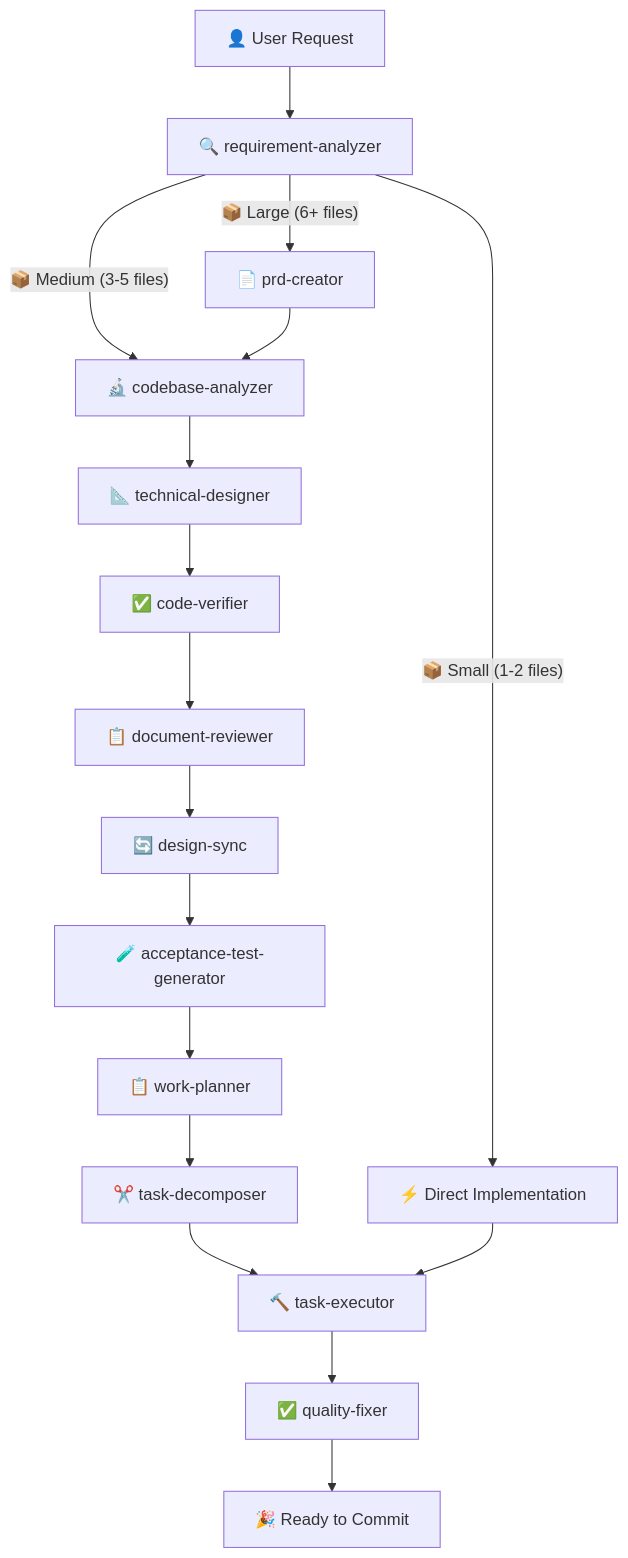
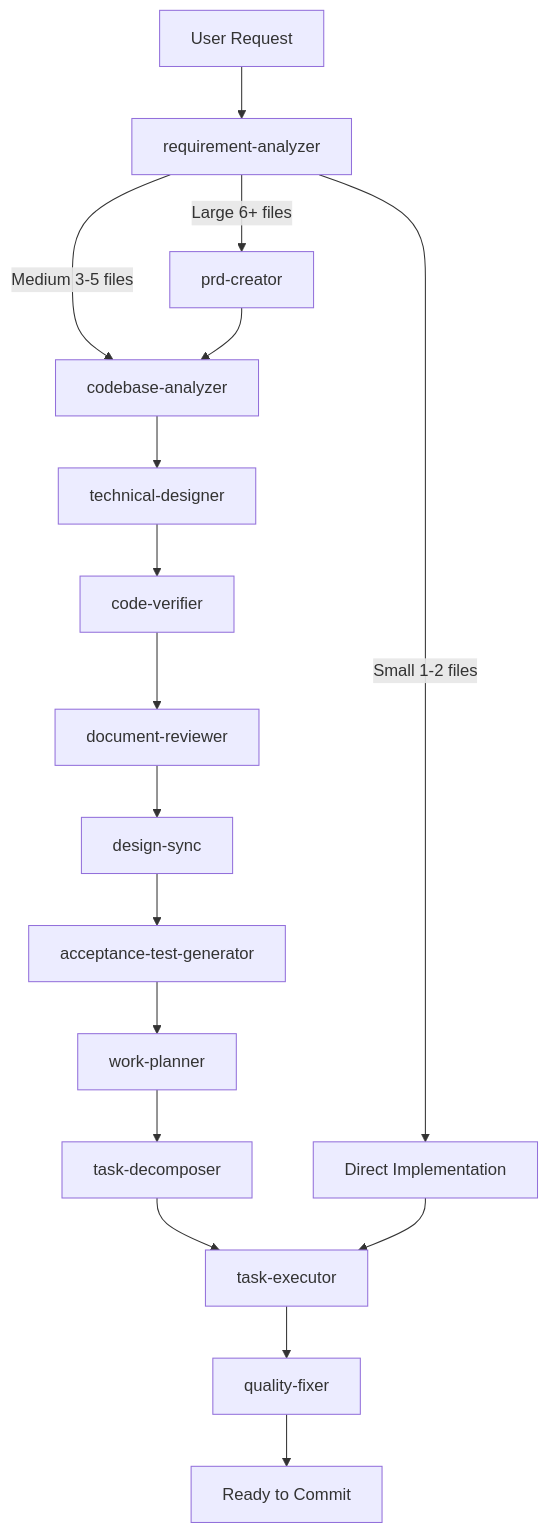
One commit to jcchikikomori/my-claude-code-workflows changed the first of 2 diagrams in README.md. Above: the diagram before and after it, drawn with Mermaid. The commit also changed other lines of this file and 184 other files, not shown here.

````diff
--- a/README.md
+++ b/README.md
@@ -164,23 +83,23 @@
 ```mermaid
 graph TB
-    A[👤 User Request] --> B[🔍 requirement-analyzer]
+    A[User Request] --> B[requirement-analyzer]
 
-    B --> |"📦 Large (6+ files)"| C[📄 prd-creator]
-    B --> |"📦 Medium (3-5 files)"| CA[🔬 codebase-analyzer]
-    B --> |"📦 Small (1-2 files)"| E[⚡ Direct Implementation]
+    B --> |Large 6+ files| C[prd-creator]
+    B --> |Medium 3-5 files| CA[codebase-analyzer]
+    B --> |Small 1-2 files| E[Direct Implementation]
 
     C --> CA
-    CA --> D[📐 technical-designer]
-    D --> CV[✅ code-verifier]
-    CV --> DR[📋 document-reviewer]
-    DR --> DS[🔄 design-sync]
-    DS --> F[🧪 acceptance-test-generator]
-    F --> G[📋 work-planner]
-    G --> H[✂️ task-decomposer]
+    CA --> D[technical-designer]
+    D --> CV[code-verifier]
+    CV --> DR[document-reviewer]
+    DR --> DS[design-sync]
+    DS --> F[acceptance-test-generator]
+    F --> G[work-planner]
+    G --> H[task-decomposer]
 
-    H --> I[🔨 task-executor]
+    H --> I[task-executor]
     E --> I
 
-    I --> J[✅ quality-fixer]
-    J --> K[🎉 Ready to Commit]
+    I --> J[quality-fixer]
+    J --> K[Ready to Commit]
 ```
````
